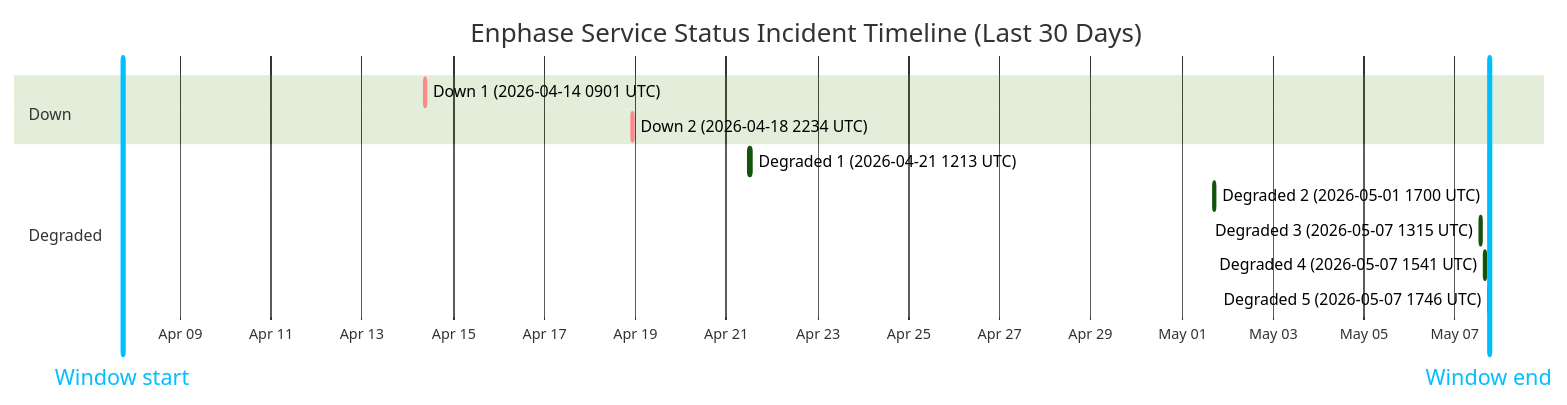
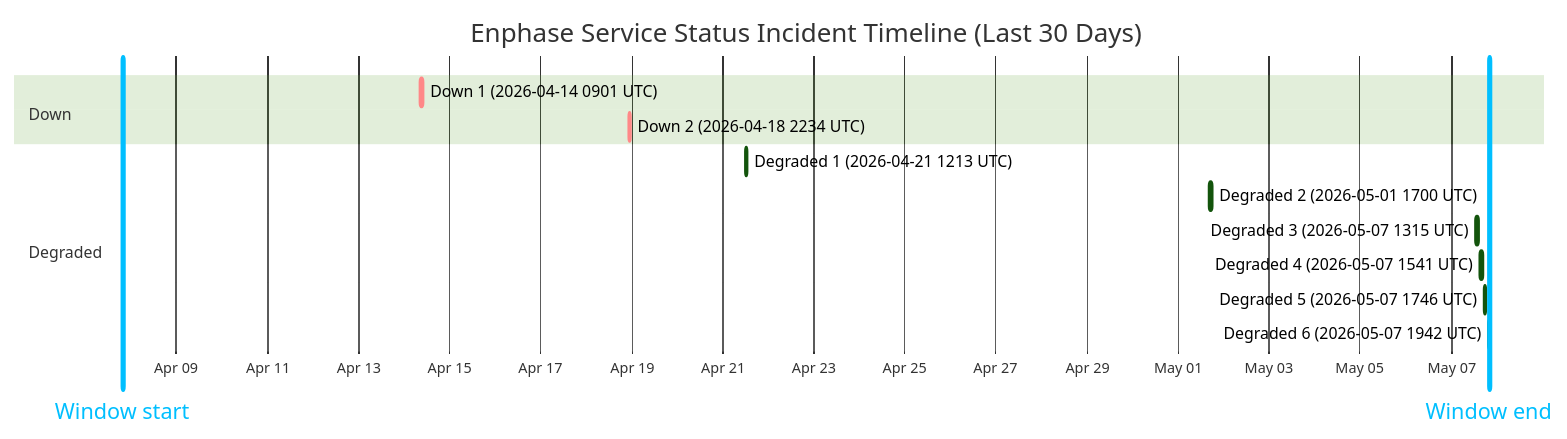
The diagram in wiki/Service-Status-History.md (barneyonline/ha-enphase-ev-charger), drawn with Mermaid (forest theme) before and after one commit. The commit also changed other lines of this file and 3 other files, not shown here.

````diff
--- a/wiki/Service-Status-History.md
+++ b/wiki/Service-Status-History.md
@@ -14,17 +14,18 @@
 ```mermaid
 gantt
     title Enphase Service Status Incident Timeline (Last 30 Days)
     dateFormat  YYYY-MM-DDTHH:mm:ss
     axisFormat  %b %d
-    Window start :vert, window-start, 2026-04-07T17:46:51, 0ms
-    Window end :vert, window-end, 2026-05-07T17:46:51, 0ms
+    Window start :vert, window-start, 2026-04-07T19:42:10, 0ms
+    Window end :vert, window-end, 2026-05-07T19:42:10, 0ms
     section Down
     Down 1 (2026-04-14 0901 UTC) :crit, down-1, 2026-04-14T09:01:13, 60m
     Down 2 (2026-04-18 2234 UTC) :crit, down-2, 2026-04-18T22:34:13, 60m
     section Degraded
     Degraded 1 (2026-04-21 1213 UTC) :active, degraded-1, 2026-04-21T12:13:11, 60m
     Degraded 2 (2026-05-01 1700 UTC) :active, degraded-2, 2026-05-01T17:00:22, 60m
     Degraded 3 (2026-05-07 1315 UTC) :active, degraded-3, 2026-05-07T13:15:25, 60m
     Degraded 4 (2026-05-07 1541 UTC) :active, degraded-4, 2026-05-07T15:41:58, 60m
     Degraded 5 (2026-05-07 1746 UTC) :active, degraded-5, 2026-05-07T17:46:51, 60m
+    Degraded 6 (2026-05-07 1942 UTC) :active, degraded-6, 2026-05-07T19:42:10, 60m
 ```
````
